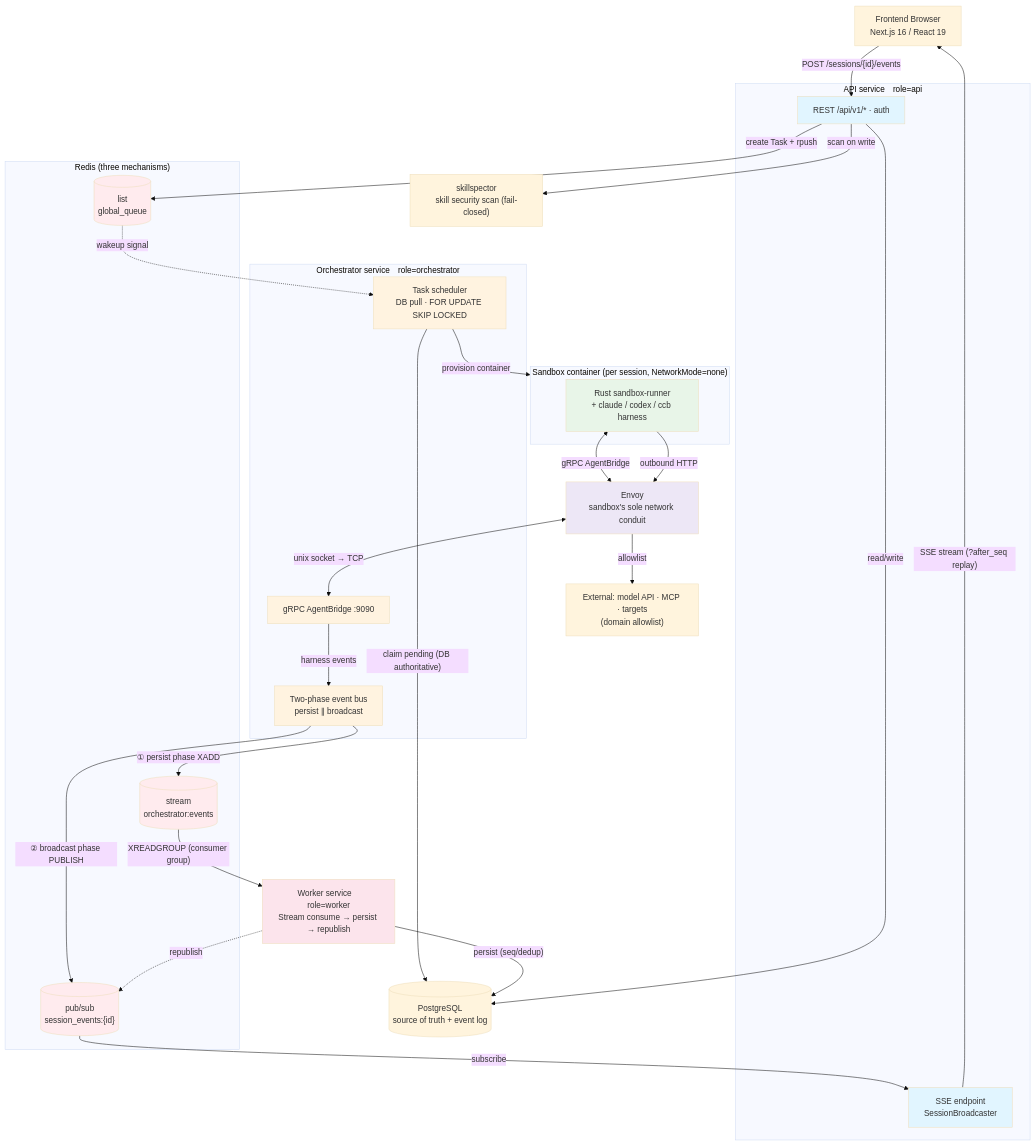
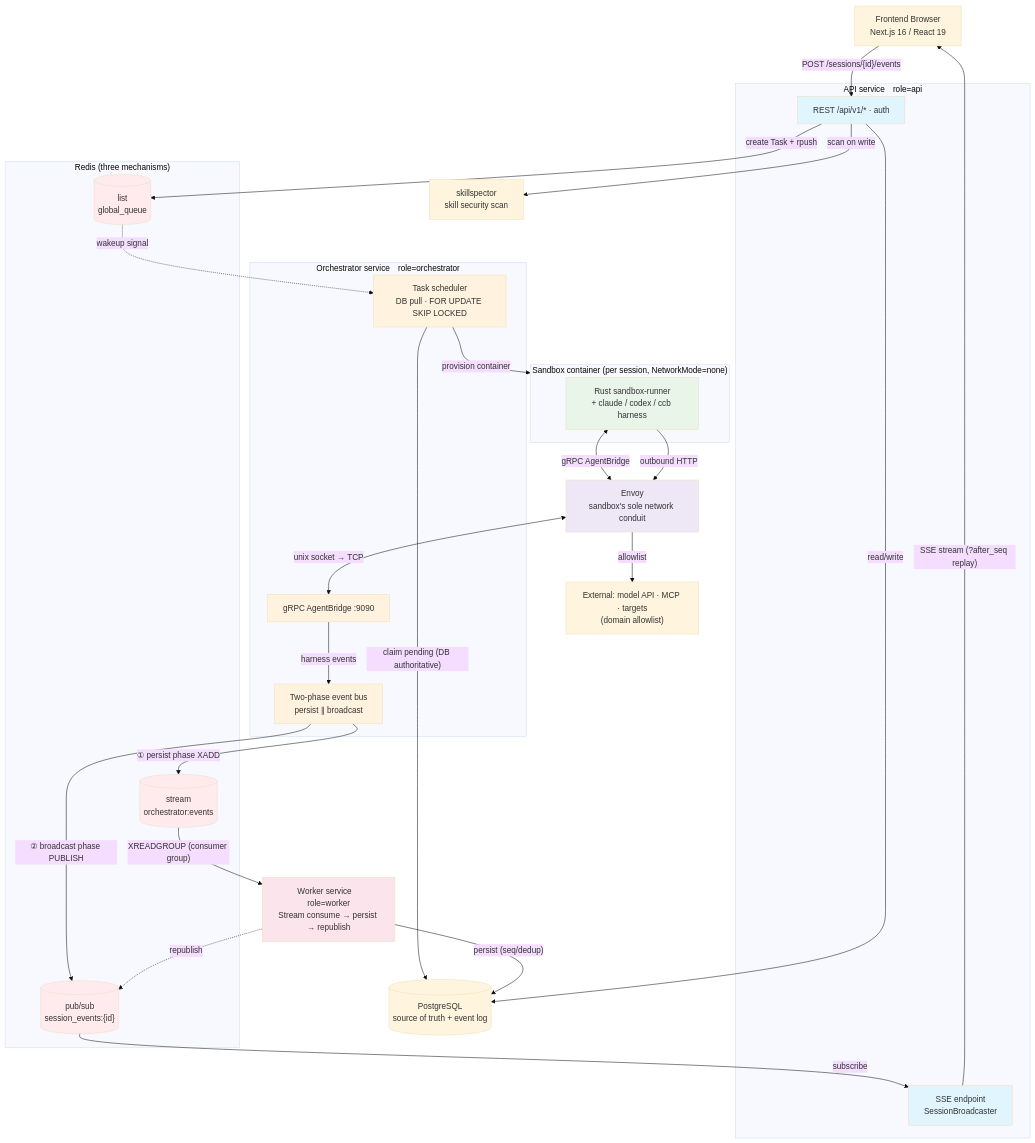
One commit to jd-opensource/JoySafeter changed the first of 2 diagrams in docs/ARCHITECTURE.md. Above: the diagram before and after it, drawn with Mermaid (base theme). The commit also changed other lines of this file and 35 other files, not shown here.

````diff
--- a/docs/ARCHITECTURE.md
+++ b/docs/ARCHITECTURE.md
@@ -29,70 +29,70 @@
 ```mermaid
 flowchart TB
     FE["Frontend Browser<br/>Next.js 16 / React 19"]
 
     subgraph API_S["API service　role=api"]
         API["REST /api/v1/* · auth"]
         BC["SSE endpoint<br/>SessionBroadcaster"]
     end
 
     subgraph ORCH_S["Orchestrator service　role=orchestrator"]
         SCHED["Task scheduler<br/>DB pull · FOR UPDATE SKIP LOCKED"]
         GRPC["gRPC AgentBridge :9090"]
         BUS["Two-phase event bus<br/>persist ∥ broadcast"]
     end
 
     WK["Worker service　role=worker<br/>Stream consume → persist → republish"]
 
     subgraph REDIS["Redis (three mechanisms)"]
         RLIST[("list<br/>global_queue")]
         RSTREAM[("stream<br/>orchestrator:events")]
         RPUB[("pub/sub<br/>session_events:{id}")]
     end
     PG[("PostgreSQL<br/>source of truth + event log")]
-    SKILLSPECTOR["skillspector<br/>skill security scan (fail-closed)"]
+    SKILLSPECTOR["skillspector<br/>skill security scan"]
 
     subgraph SBX["Sandbox container (per session, NetworkMode=none)"]
         RUN["Rust sandbox-runner<br/>+ claude / codex / ccb harness"]
     end
     ENVOY["Envoy<br/>sandbox's sole network conduit"]
     EXT["External: model API · MCP · targets<br/>(domain allowlist)"]
 
     %% submit & schedule
     FE -->|"POST /sessions/{id}/events"| API
     API -->|"create Task + rpush"| RLIST
     API -->|"read/write"| PG
     API -->|"scan on write"| SKILLSPECTOR
     RLIST -.->|"wakeup signal"| SCHED
     SCHED -->|"claim pending (DB authoritative)"| PG
     SCHED -->|"provision container"| SBX
 
     %% all sandbox traffic goes through Envoy
     RUN <-->|"gRPC AgentBridge"| ENVOY
     ENVOY <-->|"unix socket → TCP"| GRPC
     RUN -->|"outbound HTTP"| ENVOY
     ENVOY -->|"allowlist"| EXT
 
     %% two-phase event bus
     GRPC -->|"harness events"| BUS
     BUS -->|"① persist phase XADD"| RSTREAM
     BUS -->|"② broadcast phase PUBLISH"| RPUB
     RSTREAM -->|"XREADGROUP (consumer group)"| WK
     WK -->|"persist (seq/dedup)"| PG
     WK -.->|"republish"| RPUB
 
     %% SSE return path to the browser
     RPUB -->|"subscribe"| BC
     BC -->|"SSE stream (?after_seq replay)"| FE
 
     style API fill:#e1f5ff
     style BC fill:#e1f5ff
     style SCHED fill:#fff3e0
     style GRPC fill:#fff3e0
     style BUS fill:#fff3e0
     style WK fill:#fce4ec
     style RLIST fill:#ffebee
     style RSTREAM fill:#ffebee
     style RPUB fill:#ffebee
     style RUN fill:#e8f5e8
     style ENVOY fill:#ede7f6
 ```
````
